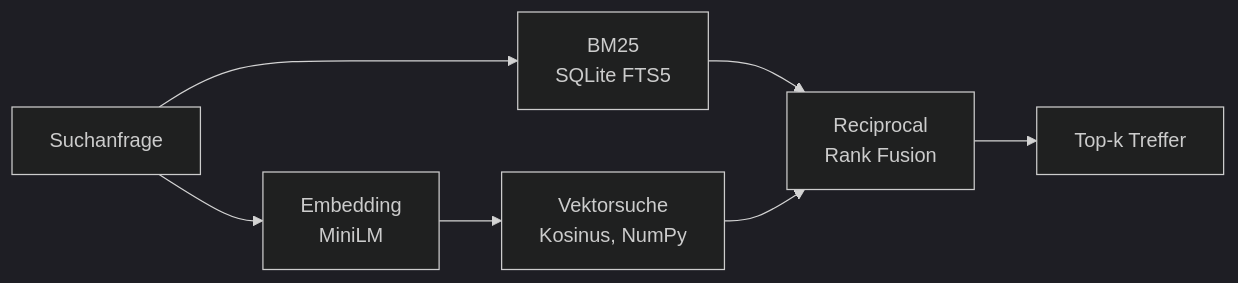
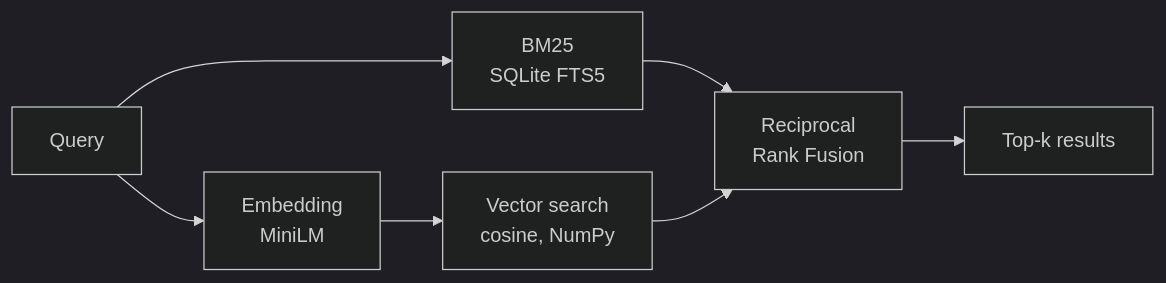
One commit to MertErbasaran/hybrid-search changed the diagram in README.md. Above: the diagram before and after it, drawn with Mermaid (dark theme). The commit also changed other lines of this file, not shown here.

````diff
--- a/README.md
+++ b/README.md
@@ -23,9 +23,9 @@
 ```mermaid
 flowchart LR
-    Q[Suchanfrage] --> B[BM25<br/>SQLite FTS5]
+    Q[Query] --> B[BM25<br/>SQLite FTS5]
     Q --> E[Embedding<br/>MiniLM]
-    E --> V[Vektorsuche<br/>Kosinus, NumPy]
+    E --> V[Vector search<br/>cosine, NumPy]
     B --> R[Reciprocal<br/>Rank Fusion]
     V --> R
-    R --> T[Top-k Treffer]
+    R --> T[Top-k results]
 ```
````
